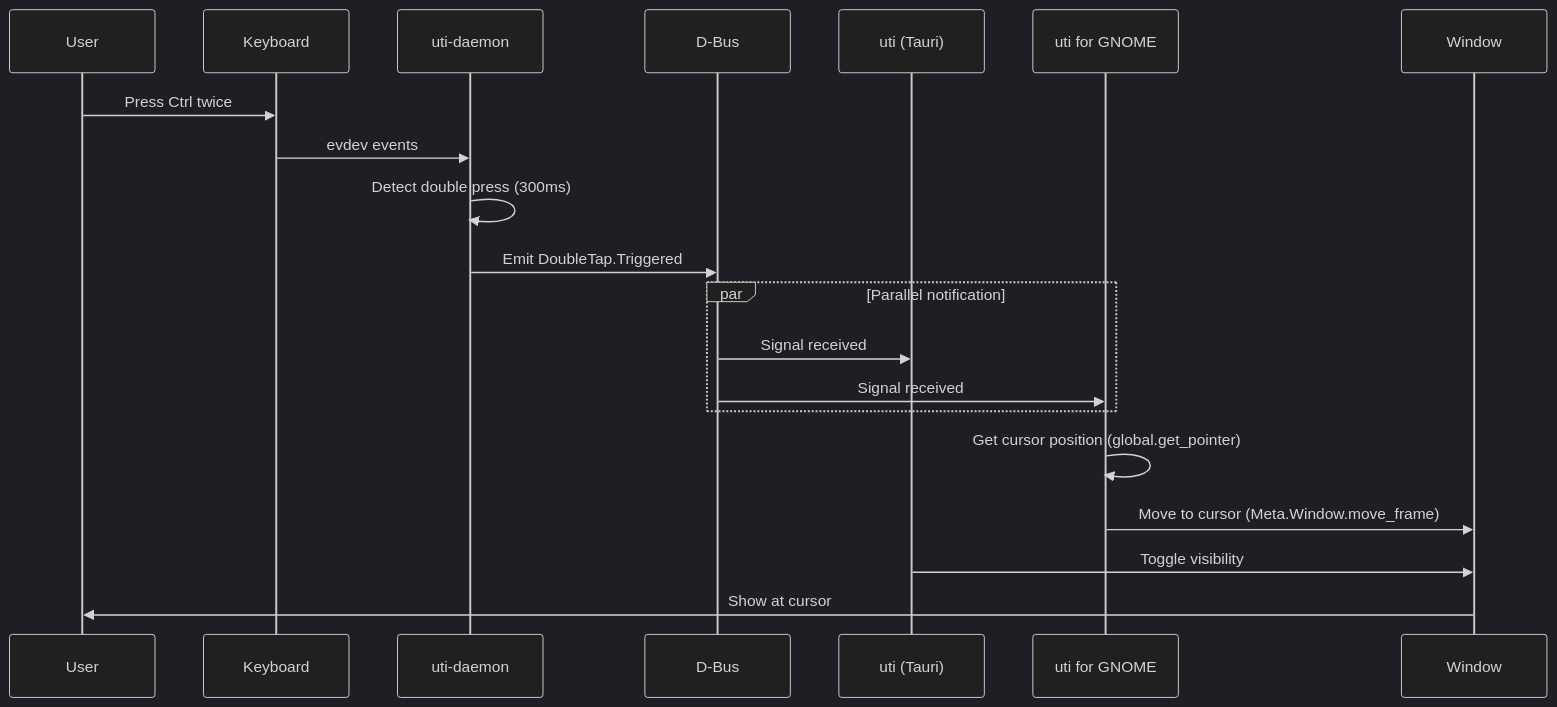
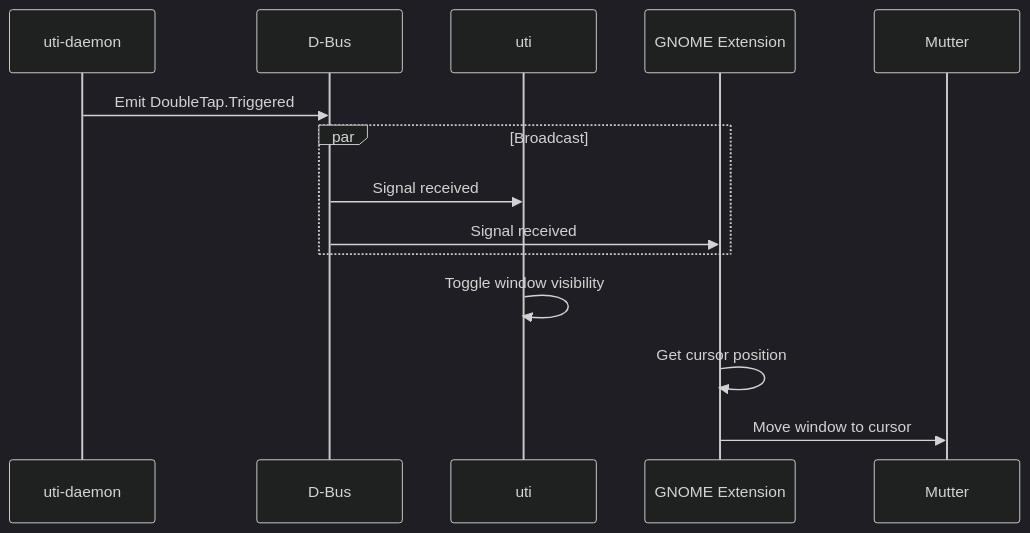
Before and after one commit to noppomario/uti: the second of 3 diagrams in docs/ARCHITECTURE.md, drawn with Mermaid (dark theme). The commit also changed other lines of this file and 6 other files, not shown here.

First line of the commit message:
docs: improve README structure and auto-enable GNOME extension

````diff
--- a/docs/ARCHITECTURE.md
+++ b/docs/ARCHITECTURE.md
@@ -119,25 +88,17 @@
 ```mermaid
 sequenceDiagram
-    participant User
-    participant Keyboard
     participant Daemon as uti-daemon
     participant DBus as D-Bus
-    participant App as uti (Tauri)
-    participant Ext as uti for GNOME
-    participant Window
+    participant App as uti
+    participant Ext as GNOME Extension
+    participant Mutter
 
-    User->>Keyboard: Press Ctrl twice
-    Keyboard->>Daemon: evdev events
-    Daemon->>Daemon: Detect double press (300ms)
     Daemon->>DBus: Emit DoubleTap.Triggered
-
-    par Parallel notification
+    par Broadcast
         DBus->>App: Signal received
         DBus->>Ext: Signal received
     end
-
-    Ext->>Ext: Get cursor position (global.get_pointer)
-    Ext->>Window: Move to cursor (Meta.Window.move_frame)
-    App->>Window: Toggle visibility
-    Window->>User: Show at cursor
+    App->>App: Toggle window visibility
+    Ext->>Ext: Get cursor position
+    Ext->>Mutter: Move window to cursor
 ```
````
